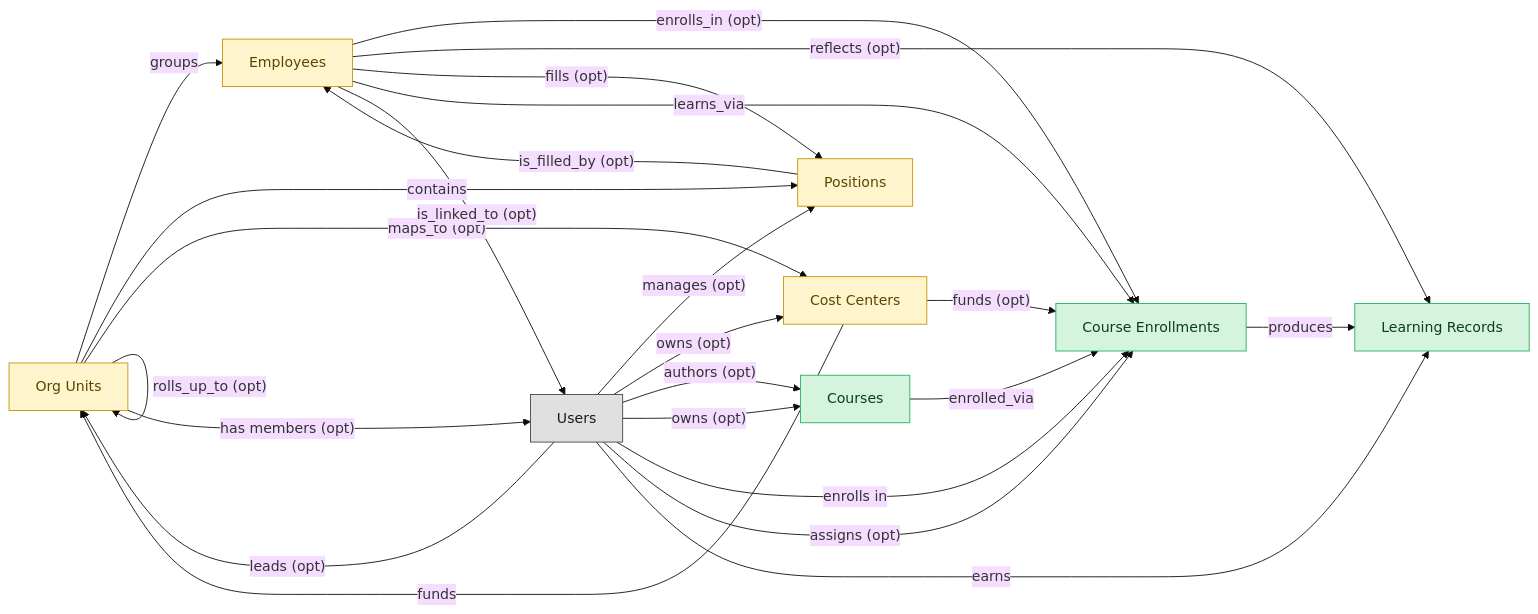
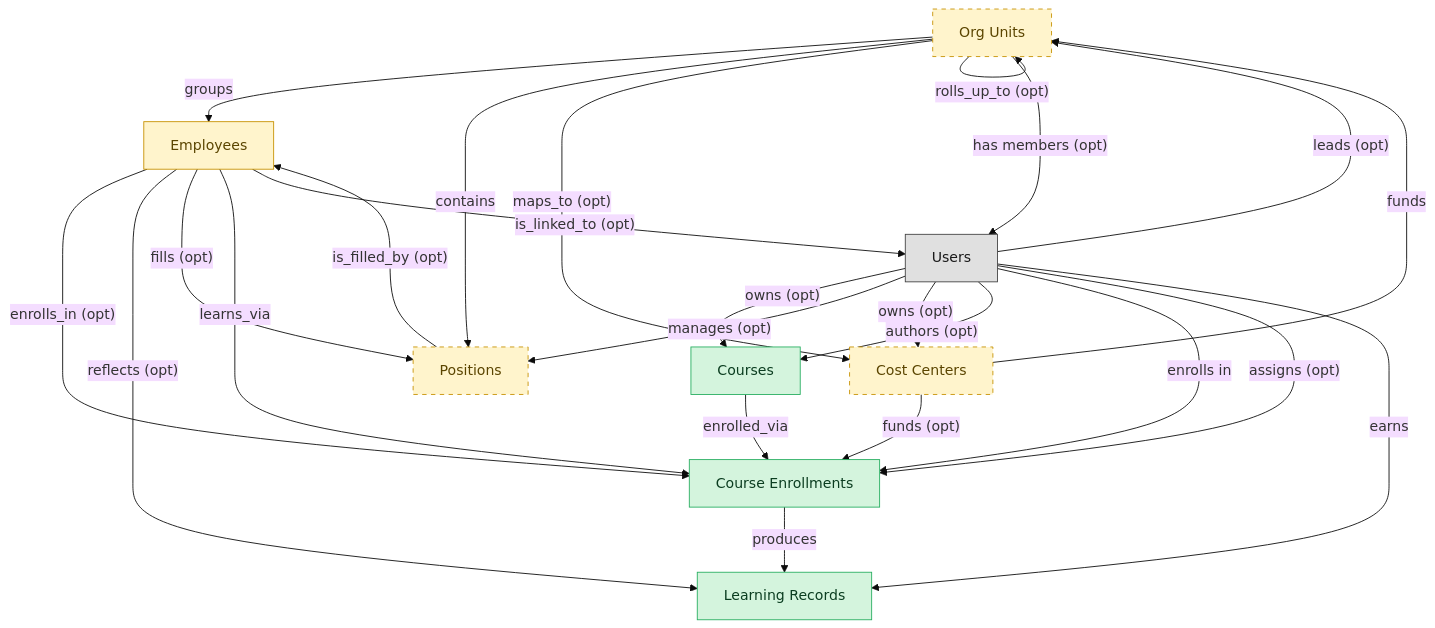
One commit to semantius/semantius changed the diagram in blueprints/lms-course-delivery-semantic-blueprint.md. Above: the diagram before and after it, drawn with Mermaid (base theme). The commit also changed other lines of this file and 31 other files, not shown here.

````diff
--- a/blueprints/lms-course-delivery-semantic-blueprint.md
+++ b/blueprints/lms-course-delivery-semantic-blueprint.md
@@ -32,45 +32,48 @@
 ```mermaid
-flowchart LR
+flowchart TD
   classDef master fill:#d4f4dd,stroke:#27ae60,color:#0b3d20;
   classDef embedded_master fill:#fff4cc,stroke:#c79100,color:#5b4500;
   classDef platform_builtin fill:#e0e0e0,stroke:#424242,color:#1a1a1a;
   org_units["Org Units"]
   courses["Courses"]
   course_enrollments["Course Enrollments"]
   learning_records["Learning Records"]
   employees["Employees"]
   hcm_positions["Positions"]
   cost_centers["Cost Centers"]
   users["Users"]
   org_units -->|"groups"| employees
   org_units -->|"contains"| hcm_positions
   hcm_positions -->|"is_filled_by (opt)"| employees
   cost_centers -->|"funds"| org_units
   employees -->|"enrolls_in (opt)"| course_enrollments
   org_units -->|"maps_to (opt)"| cost_centers
   courses -->|"enrolled_via"| course_enrollments
   course_enrollments -->|"produces"| learning_records
   cost_centers -->|"funds (opt)"| course_enrollments
   employees -->|"reflects (opt)"| learning_records
   employees -->|"fills (opt)"| hcm_positions
   employees -->|"learns_via"| course_enrollments
   org_units -->|"rolls_up_to (opt)"| org_units
+  users -->|"owns (opt)"| courses
   employees -->|"is_linked_to (opt)"| users
   users -->|"manages (opt)"| hcm_positions
   users -->|"leads (opt)"| org_units
   users -->|"owns (opt)"| cost_centers
   users -->|"authors (opt)"| courses
-  users -->|"owns (opt)"| courses
   users -->|"enrolls in"| course_enrollments
   users -->|"assigns (opt)"| course_enrollments
   users -->|"earns"| learning_records
   org_units -->|"has members (opt)"| users
   class org_units embedded_master;
   class courses master;
   class course_enrollments master;
   class learning_records master;
   class employees embedded_master;
   class hcm_positions embedded_master;
   class cost_centers embedded_master;
   class users platform_builtin;
+  style org_units stroke-dasharray:5 5;
+  style hcm_positions stroke-dasharray:5 5;
+  style cost_centers stroke-dasharray:5 5;
 ```
````
